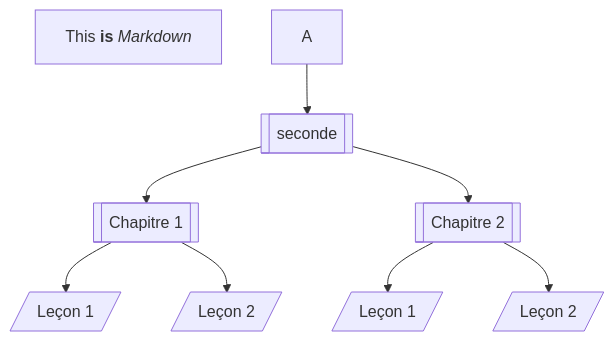
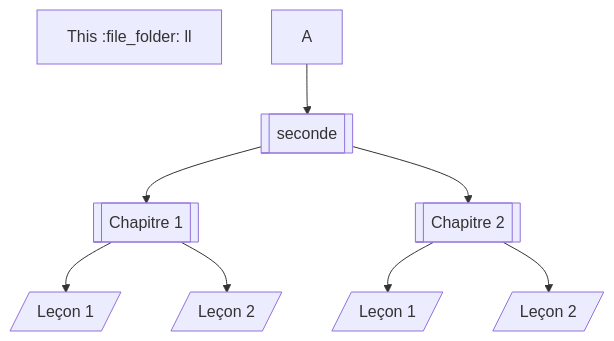
One commit to boddaert/snt changed the diagram in seconde/Introduction/Introduction.md. Above: the diagram before and after it, drawn with Mermaid.

````diff
--- a/seconde/Introduction/Introduction.md
+++ b/seconde/Introduction/Introduction.md
@@ -5,12 +5,12 @@
 ```mermaid
     flowchart TB;
-        markdown["`This **is** _Markdown_`"]
+        markdown["`This :file_folder:  ll`"]
         
         A-->B[[seconde]];
         B[[seconde]]-->C[[Chapitre 1]]
         B[[seconde]]-->F[[Chapitre 2]]
         C[[Chapitre 1]]-->D[/Leçon 1/]
         C[[Chapitre 1]]-->E[/Leçon 2/]
         F[[Chapitre 2]]-->G[/Leçon 1/]
         F[[Chapitre 2]]-->H[/Leçon 2/]
 ```
````
